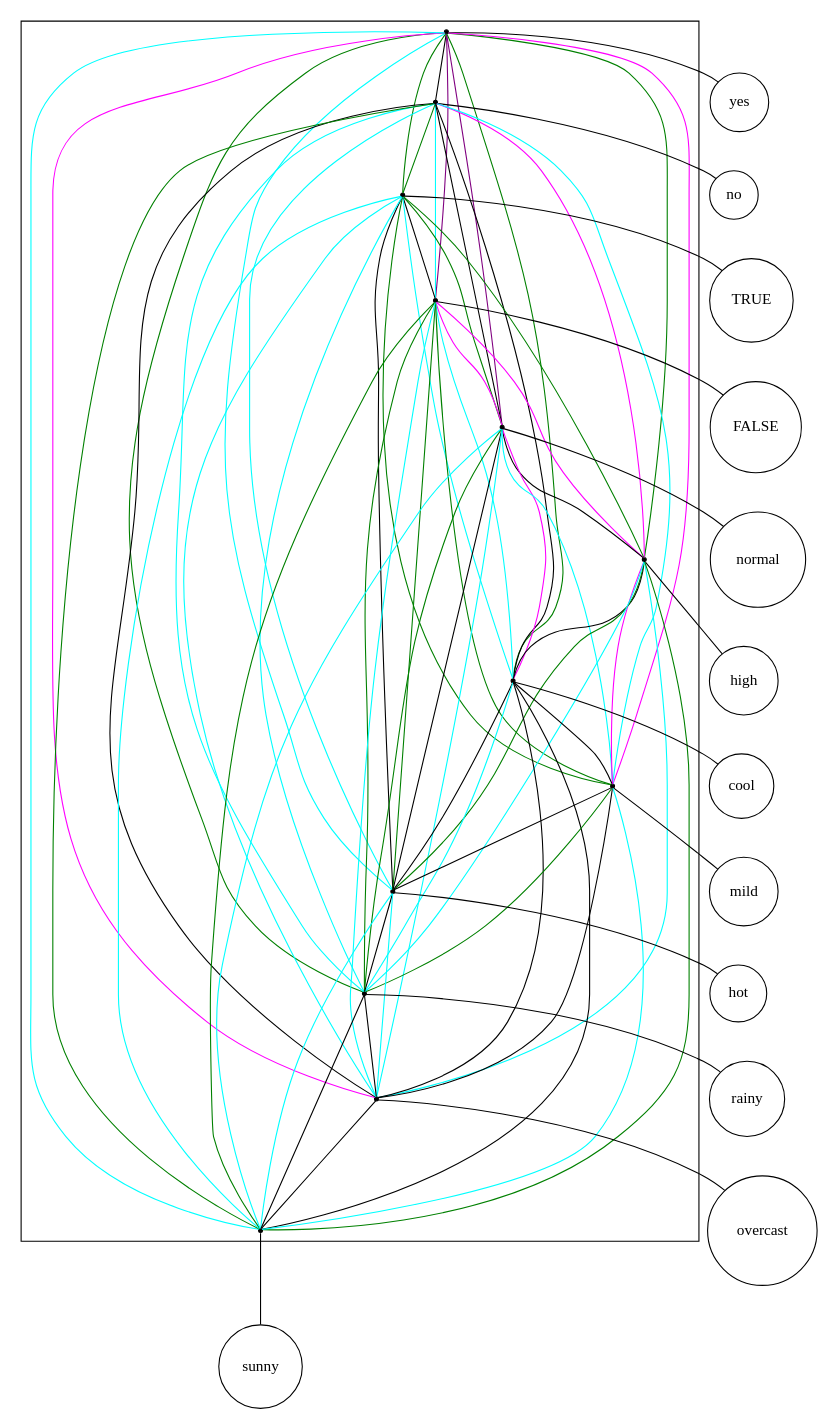
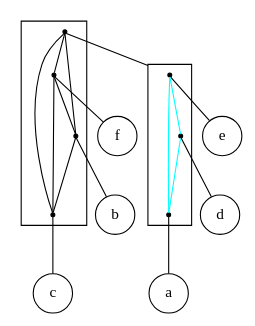
The diagram in src/final/linear_2-structure.dot (lrodrin/TFG), drawn with Graphviz before and after one commit. The commit also changed 9 other files, not shown here.

```diff
--- a/src/final/linear_2-structure.dot
+++ b/src/final/linear_2-structure.dot
@@ -1,101 +1,37 @@
-digraph "linear_2-structure" {
+strict digraph "linear_2-structure" {
 compound=true;
 fontname=Verdana;
 fontsize=12;
 newrank=true;
 node [shape=circle];
-yes;
-no;
-TRUE;
-FALSE;
-normal;
-high;
-cool;
-mild;
-hot;
-rainy;
-overcast;
-sunny;
-subgraph cluster_overcastrainycoolhotyesTRUEnormalmildnohighsunnyFALSE {
+f;
+b;
+c;
+e;
+d;
+a;
+subgraph cluster_facedb {
 node [shape=point];
-s_yes -> s_no  [color=black, arrowhead=none];
-s_yes -> s_TRUE  [color=green, arrowhead=none];
-s_yes -> s_FALSE  [color=purple, arrowhead=none];
-s_yes -> s_normal  [color=purple, arrowhead=none];
-s_yes -> s_high  [color=green, arrowhead=none];
-s_yes -> s_cool  [color=green, arrowhead=none];
-s_yes -> s_mild  [color=magenta, arrowhead=none];
-s_yes -> s_hot  [color=cyan, arrowhead=none];
-s_yes -> s_rainy  [color=green, arrowhead=none];
-s_yes -> s_overcast  [color=magenta, arrowhead=none];
-s_yes -> s_sunny  [color=cyan, arrowhead=none];
-s_no -> s_TRUE  [color=green, arrowhead=none];
-s_no -> s_FALSE  [color=cyan, arrowhead=none];
-s_no -> s_normal  [color=black, arrowhead=none];
-s_no -> s_high  [color=magenta, arrowhead=none];
-s_no -> s_cool  [color=black, arrowhead=none];
-s_no -> s_mild  [color=cyan, arrowhead=none];
-s_no -> s_hot  [color=cyan, arrowhead=none];
-s_no -> s_rainy  [color=cyan, arrowhead=none];
-s_no -> s_overcast  [color=black, arrowhead=none];
-s_no -> s_sunny  [color=green, arrowhead=none];
-s_TRUE -> s_FALSE  [color=black, arrowhead=none];
-s_TRUE -> s_normal  [color=green, arrowhead=none];
-s_TRUE -> s_high  [color=green, arrowhead=none];
-s_TRUE -> s_cool  [color=cyan, arrowhead=none];
-s_TRUE -> s_mild  [color=green, arrowhead=none];
-s_TRUE -> s_hot  [color=black, arrowhead=none];
-s_TRUE -> s_rainy  [color=cyan, arrowhead=none];
-s_TRUE -> s_overcast  [color=cyan, arrowhead=none];
-s_TRUE -> s_sunny  [color=cyan, arrowhead=none];
-s_FALSE -> s_normal  [color=magenta, arrowhead=none];
-s_FALSE -> s_high  [color=magenta, arrowhead=none];
-s_FALSE -> s_cool  [color=cyan, arrowhead=none];
-s_FALSE -> s_mild  [color=green, arrowhead=none];
-s_FALSE -> s_hot  [color=green, arrowhead=none];
-s_FALSE -> s_rainy  [color=green, arrowhead=none];
-s_FALSE -> s_overcast  [color=cyan, arrowhead=none];
-s_FALSE -> s_sunny  [color=green, arrowhead=none];
-s_normal -> s_high  [color=black, arrowhead=none];
-s_normal -> s_cool  [color=magenta, arrowhead=none];
-s_normal -> s_mild  [color=cyan, arrowhead=none];
-s_normal -> s_hot  [color=black, arrowhead=none];
-s_normal -> s_rainy  [color=green, arrowhead=none];
-s_normal -> s_overcast  [color=cyan, arrowhead=none];
-s_normal -> s_sunny  [color=cyan, arrowhead=none];
-s_high -> s_cool  [color=black, arrowhead=none];
-s_high -> s_mild  [color=magenta, arrowhead=none];
-s_high -> s_hot  [color=green, arrowhead=none];
-s_high -> s_rainy  [color=cyan, arrowhead=none];
-s_high -> s_overcast  [color=cyan, arrowhead=none];
-s_high -> s_sunny  [color=green, arrowhead=none];
-s_cool -> s_mild  [color=black, arrowhead=none];
-s_cool -> s_hot  [color=black, arrowhead=none];
-s_cool -> s_rainy  [color=cyan, arrowhead=none];
-s_cool -> s_overcast  [color=black, arrowhead=none];
-s_cool -> s_sunny  [color=black, arrowhead=none];
-s_mild -> s_hot  [color=black, arrowhead=none];
-s_mild -> s_rainy  [color=green, arrowhead=none];
-s_mild -> s_overcast  [color=black, arrowhead=none];
-s_mild -> s_sunny  [color=cyan, arrowhead=none];
-s_hot -> s_rainy  [color=black, arrowhead=none];
-s_hot -> s_overcast  [color=cyan, arrowhead=none];
-s_hot -> s_sunny  [color=cyan, arrowhead=none];
-s_rainy -> s_overcast  [color=black, arrowhead=none];
-s_rainy -> s_sunny  [color=black, arrowhead=none];
-s_overcast -> s_sunny  [color=black, arrowhead=none];
+s_ead -> s_f  [color=black, arrowhead=none];
+s_ead -> s_b  [color=black, arrowhead=none];
+s_ead -> s_c  [color=black, arrowhead=none];
+s_f -> s_b  [color=black, arrowhead=none];
+s_f -> s_c  [color=black, arrowhead=none];
+s_b -> s_c  [color=black, arrowhead=none];
 }
 
-s_yes -> yes  [arrowhead=none];
-s_no -> no  [arrowhead=none];
-s_TRUE -> TRUE  [arrowhead=none];
-s_FALSE -> FALSE  [arrowhead=none];
-s_normal -> normal  [arrowhead=none];
-s_high -> high  [arrowhead=none];
-s_cool -> cool  [arrowhead=none];
-s_mild -> mild  [arrowhead=none];
-s_hot -> hot  [arrowhead=none];
-s_rainy -> rainy  [arrowhead=none];
-s_overcast -> overcast  [arrowhead=none];
-s_sunny -> sunny  [arrowhead=none];
+subgraph cluster_ead {
+node [shape=point];
+s_e -> s_d  [color=cyan, arrowhead=none];
+s_e -> s_a  [color=cyan, arrowhead=none];
+s_d -> s_a  [color=cyan, arrowhead=none];
 }
+
+s_ead -> s_e  [lhead=cluster_ead, arrowhead=none];
+s_f -> f  [arrowhead=none];
+s_b -> b  [arrowhead=none];
+s_c -> c  [arrowhead=none];
+s_e -> e  [arrowhead=none];
+s_d -> d  [arrowhead=none];
+s_a -> a  [arrowhead=none];
+}
```
